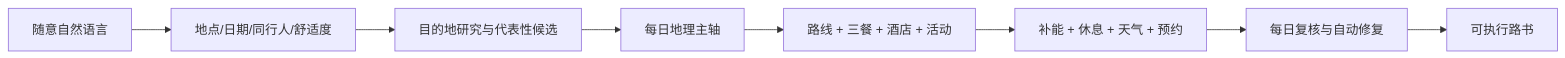
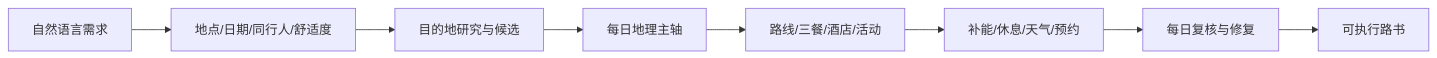
The diagram in submission/GOAI_Boundless_Agents/semifinal/03_差异化与商业化价值.md (pigz2538/RoadMan-Public), drawn with Mermaid before and after one commit. The commit also changed other lines of this file and 15 other files, not shown here.

````diff
--- a/submission/GOAI_Boundless_Agents/semifinal/03_差异化与商业化价值.md
+++ b/submission/GOAI_Boundless_Agents/semifinal/03_差异化与商业化价值.md
@@ -43,10 +43,10 @@
 ```mermaid
 flowchart LR
-    A[随意自然语言] --> B[地点/日期/同行人/舒适度]
-    B --> C[目的地研究与代表性候选]
+    A[自然语言需求] --> B[地点/日期/同行人/舒适度]
+    B --> C[目的地研究与候选]
     C --> D[每日地理主轴]
-    D --> E[路线 + 三餐 + 酒店 + 活动]
-    E --> F[补能 + 休息 + 天气 + 预约]
-    F --> G[每日复核与自动修复]
+    D --> E[路线/三餐/酒店/活动]
+    E --> F[补能/休息/天气/预约]
+    F --> G[每日复核与修复]
     G --> H[可执行路书]
 ```
````
